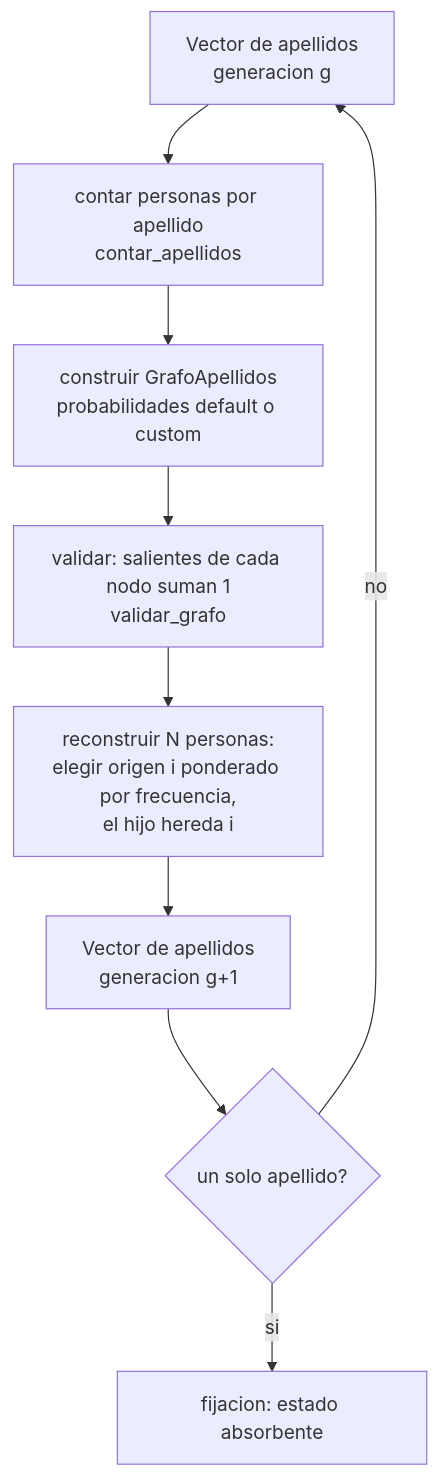
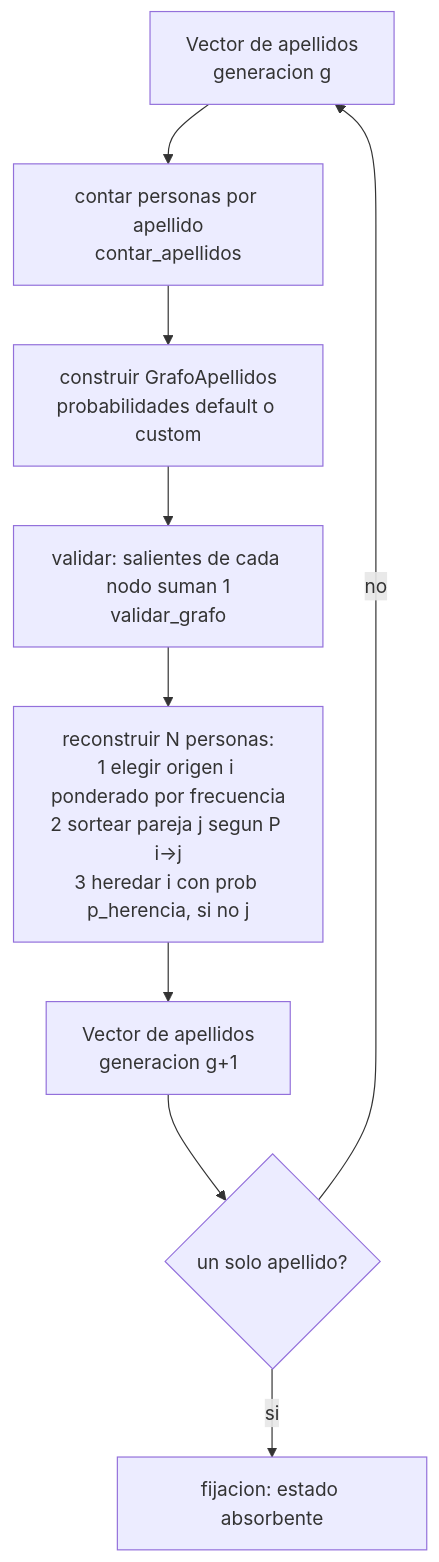
One commit to spartan14799/Evolucion-y-Extincion-de-apellidos changed the diagram in docs/modelo-estacionario.md. Above: the diagram before and after it, drawn with Mermaid. The commit also changed other lines of this file and 3 other files, not shown here.

````diff
--- a/docs/modelo-estacionario.md
+++ b/docs/modelo-estacionario.md
@@ -102,11 +116,11 @@
 ```mermaid
 flowchart TD
     A[Vector de apellidos<br/>generacion g] --> B[contar personas por apellido<br/>contar_apellidos]
     B --> C[construir GrafoApellidos<br/>probabilidades default o custom]
     C --> D[validar: salientes de cada nodo suman 1<br/>validar_grafo]
-    D --> E[reconstruir N personas:<br/>elegir origen i ponderado por frecuencia,<br/>el hijo hereda i]
+    D --> E[reconstruir N personas:<br/>1 elegir origen i ponderado por frecuencia<br/>2 sortear pareja j segun P i→j<br/>3 heredar i con prob p_herencia, si no j]
     E --> F[Vector de apellidos<br/>generacion g+1]
     F --> G{un solo apellido?}
     G -->|si| H[fijacion: estado absorbente]
     G -->|no| A
 ```
````
